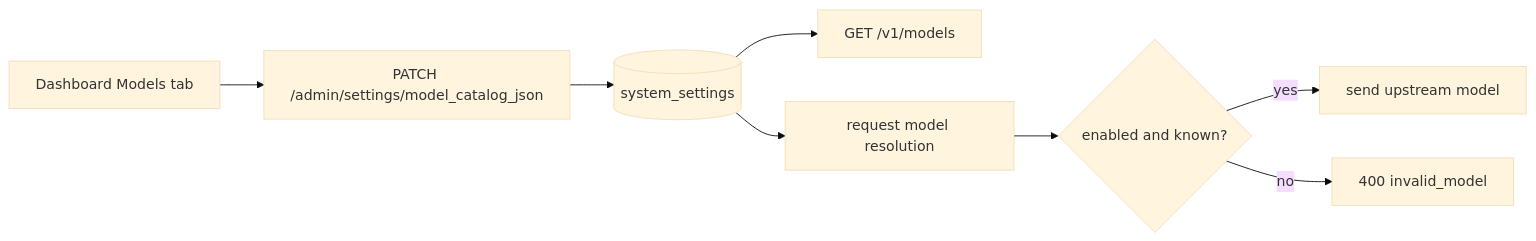
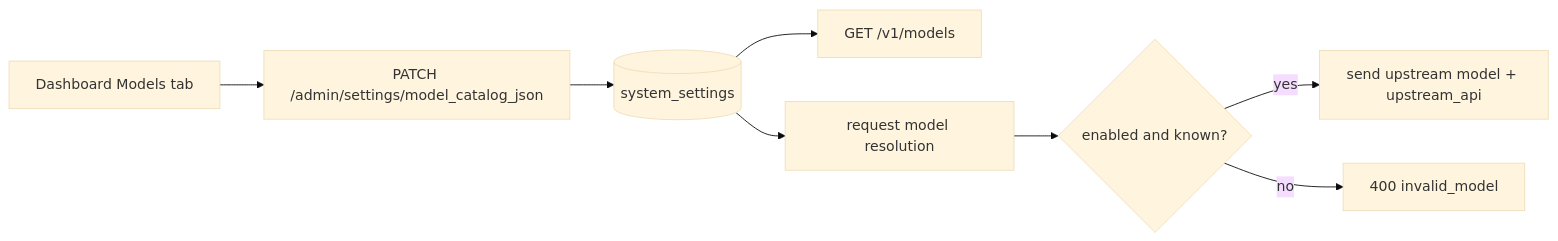
Before and after one commit to pczhao1210/ghcp-pool-proxy: the second of 2 diagrams in FEATURES.en.md, drawn with Mermaid (base theme). The commit also changed other lines of this file and 11 other files, not shown here.

````diff
--- a/FEATURES.en.md
+++ b/FEATURES.en.md
@@ -67,10 +67,10 @@
 ```mermaid
 flowchart LR
   A["Dashboard Models tab"] --> B["PATCH /admin/settings/model_catalog_json"]
   B --> C[(system_settings)]
   C --> D["GET /v1/models"]
   C --> E["request model resolution"]
   E --> F{"enabled and known?"}
-  F -->|"yes"| G["send upstream model"]
+  F -->|"yes"| G["send upstream model + upstream_api"]
   F -->|"no"| H["400 invalid_model"]
 ```
````
